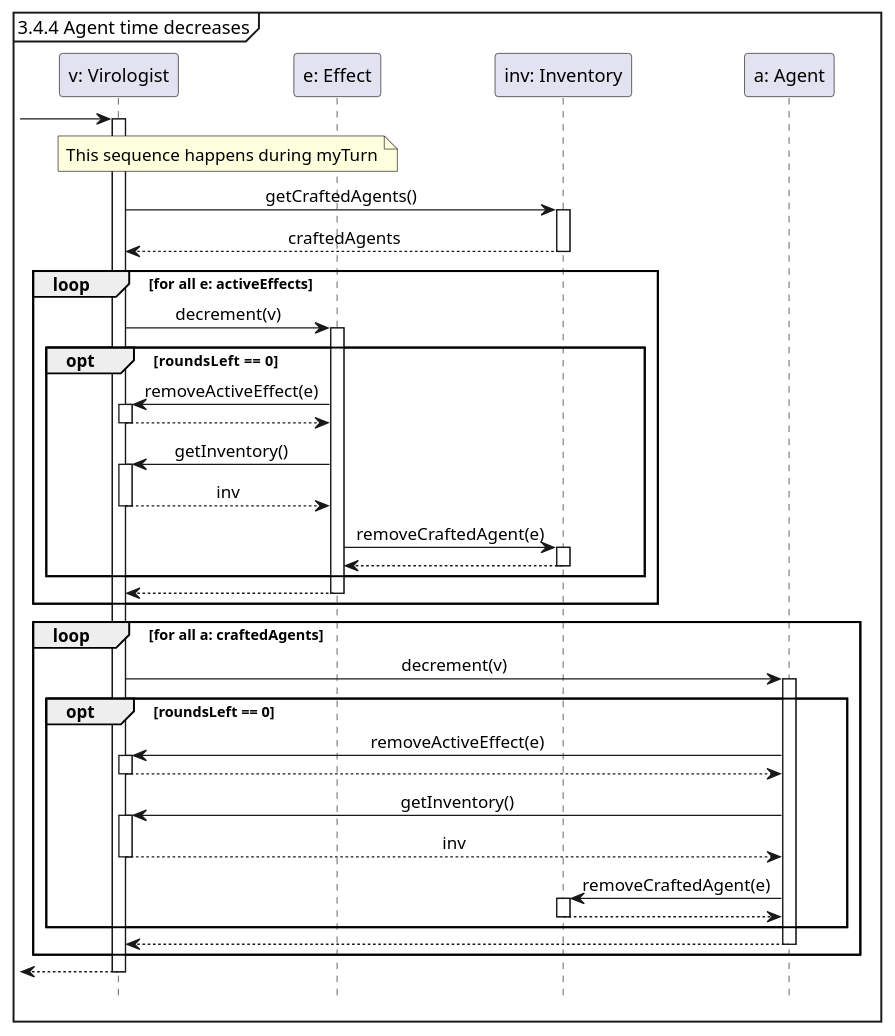
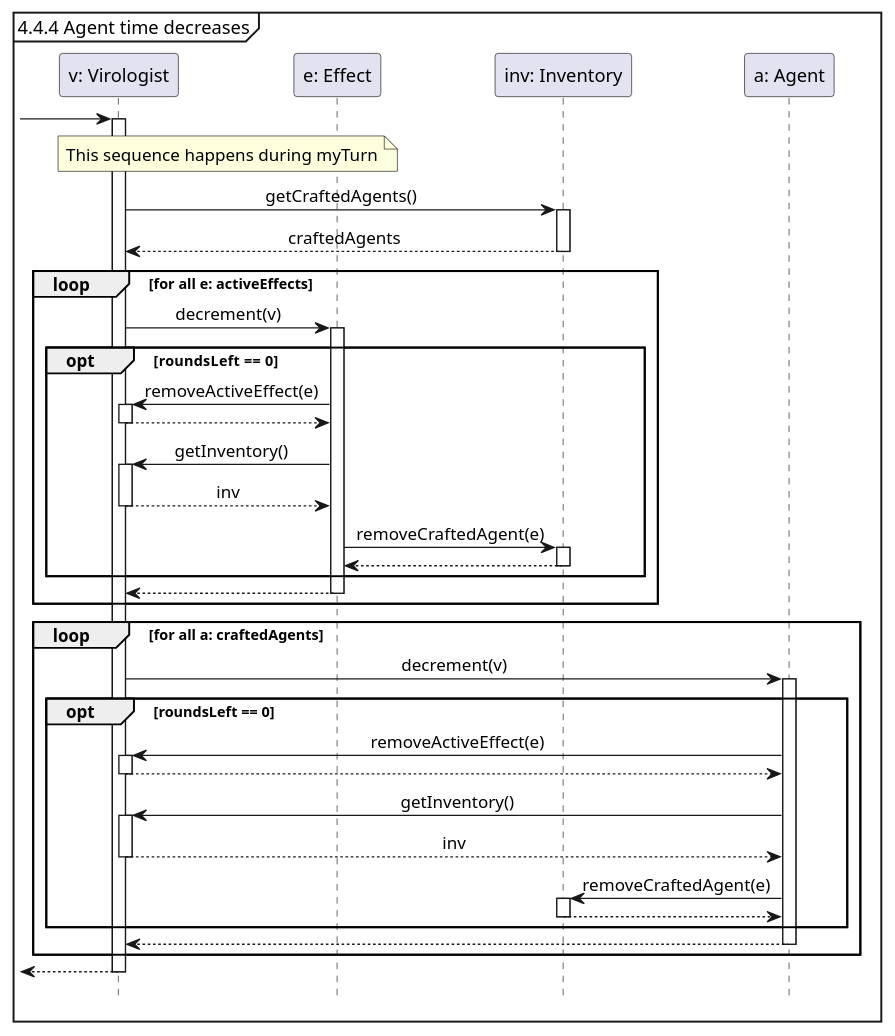
The diagram in docs/seqDiagrams/03_2agentTimeDecreases.puml (Tschonti/503-service-unavailable), drawn with PlantUML before and after one commit. The commit also changed 17 other files, not shown here.

```diff
--- a/docs/seqDiagrams/03_2agentTimeDecreases.puml
+++ b/docs/seqDiagrams/03_2agentTimeDecreases.puml
@@ -1,41 +1,41 @@
 @startuml
 hide footbox
 skinparam sequenceMessageAlign center
 
-mainframe 3.4.4 Agent time decreases
+mainframe 4.4.4 Agent time decreases
 
 participant "v: Virologist" as v
 participant "e: Effect" as e
 participant "inv: Inventory" as inv
 participant "a: Agent" as a
 
 -> v++:
 note over v,e : This sequence happens during myTurn
 v -> inv ++ : getCraftedAgents()
 return craftedAgents
     loop for all e: activeEffects
         v -> e ++ : decrement(v)
         opt roundsLeft ==  0
             e -> v ++ : removeActiveEffect(e)
             return
             e -> v ++ : getInventory()
             return inv
             e -> inv ++ : removeCraftedAgent(e)
             return
         end
         return
     end
     loop for all a: craftedAgents
         v -> a++ : decrement(v)
             opt roundsLeft == 0
                 a -> v ++ : removeActiveEffect(e)
                 return
                 a -> v ++ : getInventory()
                 return inv
                 a -> inv ++ : removeCraftedAgent(e)
                 return
             end
         return
     end
 return
 @enduml
```
